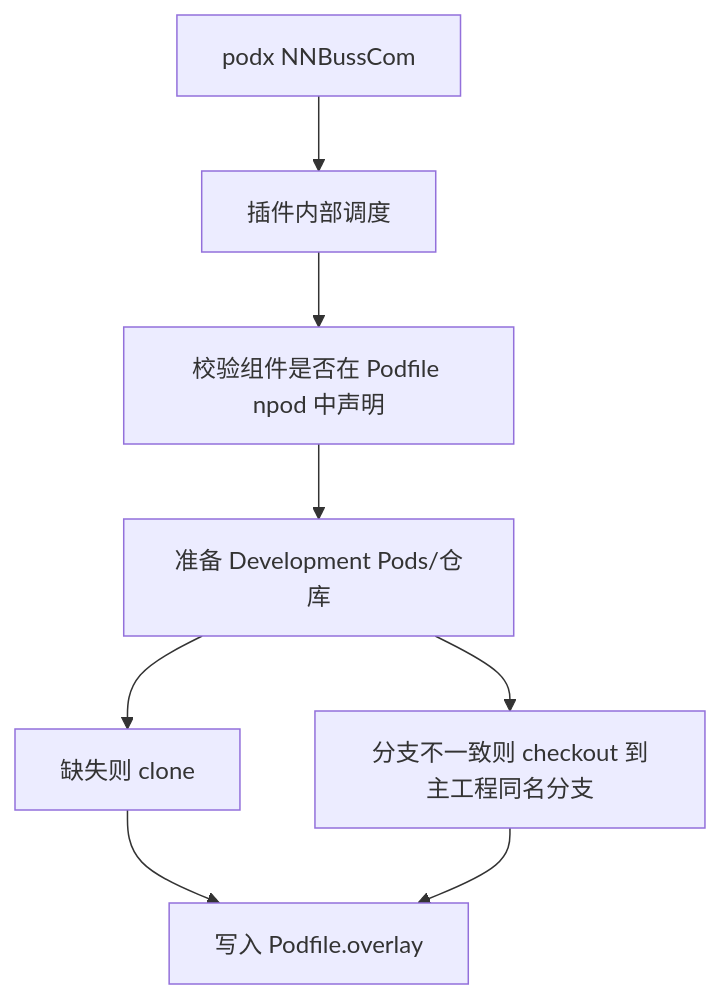
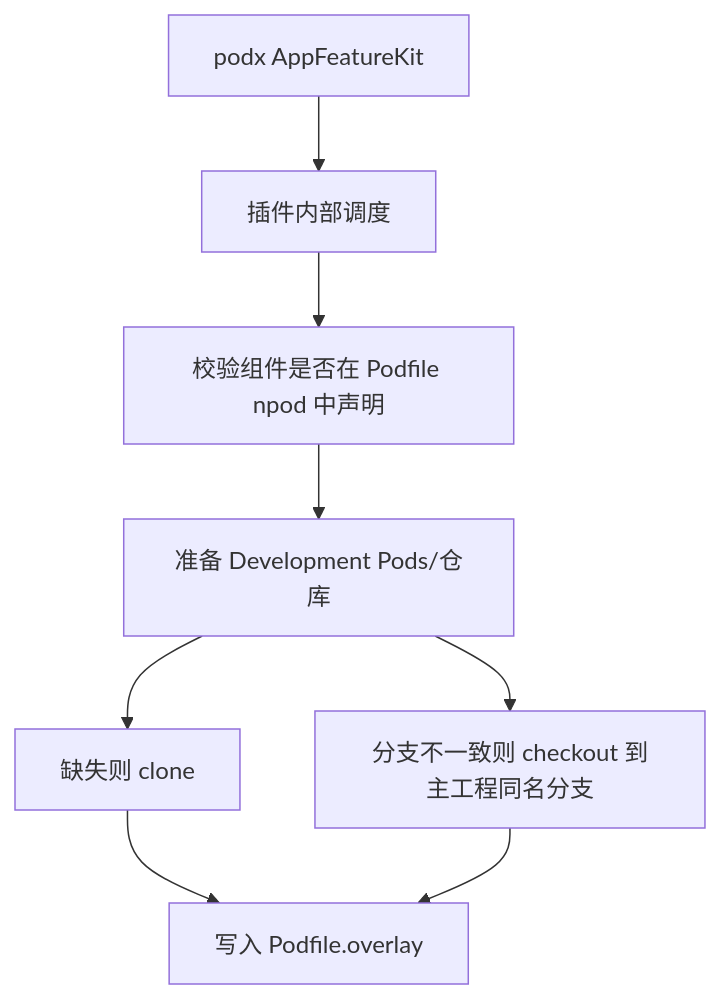
The second of 3 diagrams in cocoapods-podx/ARCHITECTURE.md (rentaogithub/mpod), drawn with Mermaid before and after one commit. The commit also changed other lines of this file and 22 other files, not shown here.

````diff
--- a/cocoapods-podx/ARCHITECTURE.md
+++ b/cocoapods-podx/ARCHITECTURE.md
@@ -311,10 +311,10 @@
 ```mermaid
 flowchart TD
-  A["podx NNBussCom"] --> B["插件内部调度"]
+  A["podx AppFeatureKit"] --> B["插件内部调度"]
   B --> C["校验组件是否在 Podfile npod 中声明"]
   C --> D["准备 Development Pods/仓库"]
   D --> E["缺失则 clone"]
   D --> F["分支不一致则 checkout 到主工程同名分支"]
   E --> G["写入 Podfile.overlay"]
   F --> G
 ```
````
